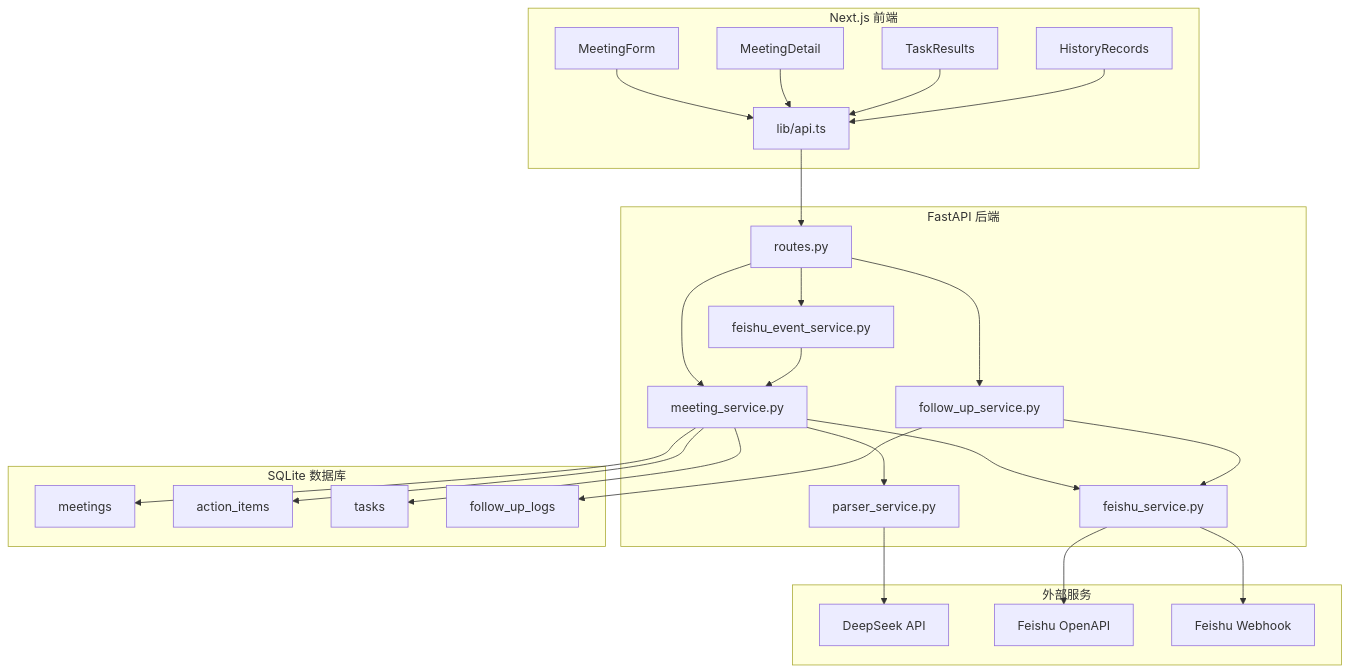
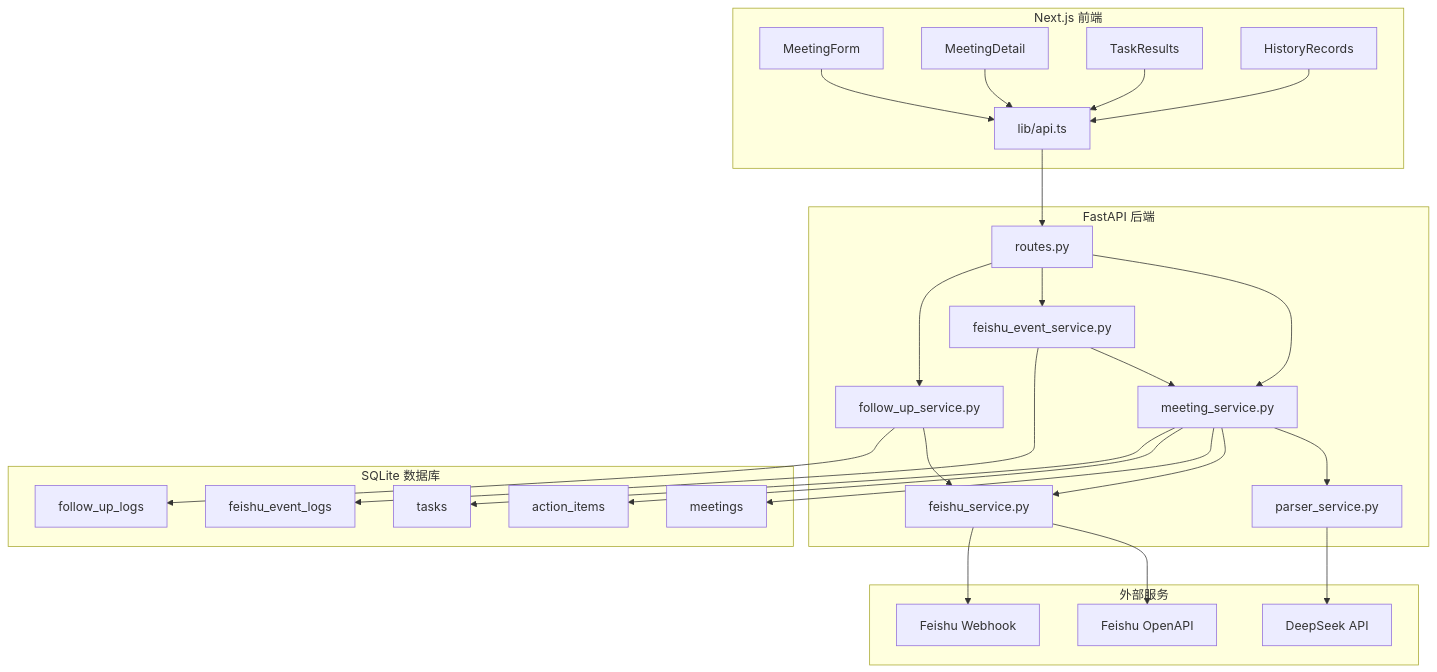
Before and after one commit to Ping-z330/action_bridge: the second of 2 diagrams in README.md, drawn with Mermaid. The commit also changed other lines of this file and 11 other files, not shown here.

````diff
--- a/README.md
+++ b/README.md
@@ -80,55 +81,57 @@
 ```mermaid
 flowchart TD
     subgraph Frontend[Next.js 前端]
         F1[MeetingForm]
         F2[MeetingDetail]
         F3[TaskResults]
         F4[HistoryRecords]
         F5[lib/api.ts]
     end
 
     subgraph Backend[FastAPI 后端]
         B1[routes.py]
         B2[meeting_service.py]
         B3[parser_service.py]
         B4[feishu_service.py]
         B5[feishu_event_service.py]
         B6[follow_up_service.py]
     end
 
     subgraph DB[SQLite 数据库]
         D1[meetings]
         D2[action_items]
         D3[tasks]
         D4[follow_up_logs]
+        D5[feishu_event_logs]
     end
 
     subgraph External[外部服务]
         E1[DeepSeek API]
         E2[Feishu OpenAPI]
         E3[Feishu Webhook]
     end
 
     F1 --> F5
     F2 --> F5
     F3 --> F5
     F4 --> F5
     F5 --> B1
 
     B1 --> B2
     B1 --> B5
     B1 --> B6
     B2 --> B3
     B2 --> B4
     B5 --> B2
     B6 --> B4
 
     B3 --> E1
     B4 --> E2
     B4 --> E3
 
     B2 --> D1
     B2 --> D2
     B2 --> D3
     B6 --> D4
+    B5 --> D5
 ```
````
